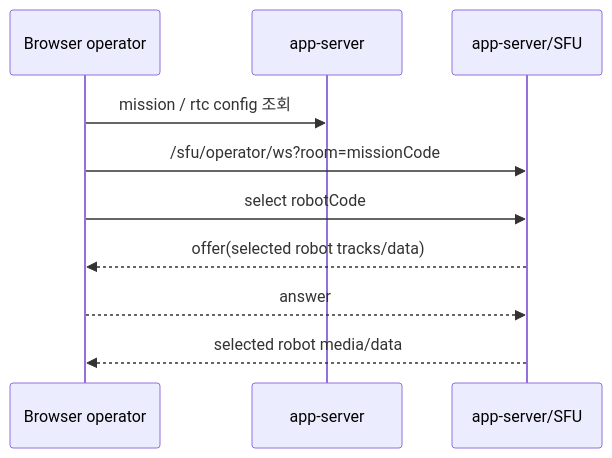
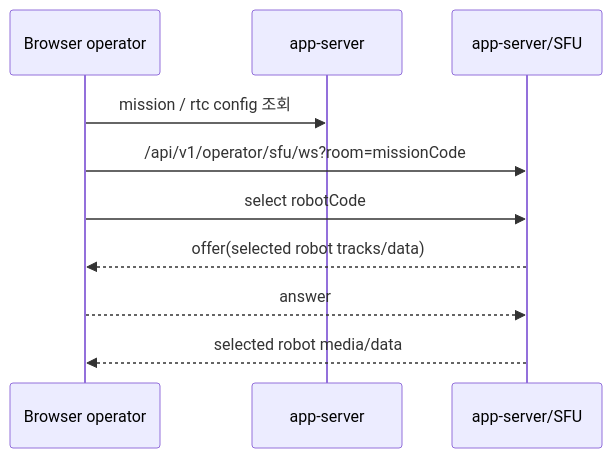
The third of 5 diagrams in docs/stable/architecture.md (dhkimxx/robot-center), drawn with Mermaid before and after one commit. The commit also changed other lines of this file and 26 other files, not shown here.

````diff
--- a/docs/stable/architecture.md
+++ b/docs/stable/architecture.md
@@ -520,13 +536,13 @@
 ```mermaid
 sequenceDiagram
   participant Browser as Browser operator
   participant App as app-server
   participant SFU as app-server/SFU
 
   Browser->>App: mission / rtc config 조회
-  Browser->>SFU: /sfu/operator/ws?room=missionCode
+  Browser->>SFU: /api/v1/operator/sfu/ws?room=missionCode
   Browser->>SFU: select robotCode
   SFU-->>Browser: offer(selected robot tracks/data)
   Browser-->>SFU: answer
   SFU-->>Browser: selected robot media/data
 ```
````
